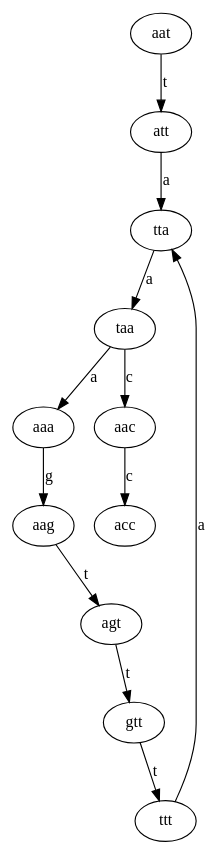
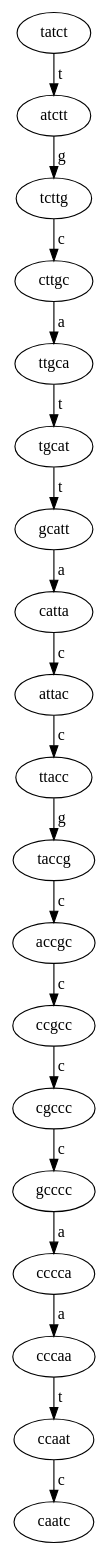
The diagram in 1/esbio/outputs/mut1.dot (dlcgold/assignment-bioinfo), drawn with Graphviz before and after one commit. The commit also changed 237 other files, not shown here.

```diff
--- a/1/esbio/outputs/mut1.dot
+++ b/1/esbio/outputs/mut1.dot
@@ -1,13 +1,22 @@
 digraph sample{
-	"aat" -> "att" [ label = "t" ];
-	"att" -> "tta" [ label = "a" ];
-	"tta" -> "taa" [ label = "a" ];
-	"taa" -> "aaa" [ label = "a" ];
-	"aaa" -> "aag" [ label = "g" ];
-	"aag" -> "agt" [ label = "t" ];
-	"agt" -> "gtt" [ label = "t" ];
-	"gtt" -> "ttt" [ label = "t" ];
-	"ttt" -> "tta" [ label = "a" ];
-	"taa" -> "aac" [ label = "c" ];
-	"aac" -> "acc" [ label = "c" ];
+ nodesep="0.3";
+ranksep="0.3";
+ 	"tatct" -> "atctt" [ label = " t" ];
+	"atctt" -> "tcttg" [ label = " g" ];
+	"tcttg" -> "cttgc" [ label = " c" ];
+	"cttgc" -> "ttgca" [ label = " a" ];
+	"ttgca" -> "tgcat" [ label = " t" ];
+	"tgcat" -> "gcatt" [ label = " t" ];
+	"gcatt" -> "catta" [ label = " a" ];
+	"catta" -> "attac" [ label = " c" ];
+	"attac" -> "ttacc" [ label = " c" ];
+	"ttacc" -> "taccg" [ label = " g" ];
+	"taccg" -> "accgc" [ label = " c" ];
+	"accgc" -> "ccgcc" [ label = " c" ];
+	"ccgcc" -> "cgccc" [ label = " c" ];
+	"cgccc" -> "gcccc" [ label = " c" ];
+	"gcccc" -> "cccca" [ label = " a" ];
+	"cccca" -> "cccaa" [ label = " a" ];
+	"cccaa" -> "ccaat" [ label = " t" ];
+	"ccaat" -> "caatc" [ label = " c" ];
 }
```
